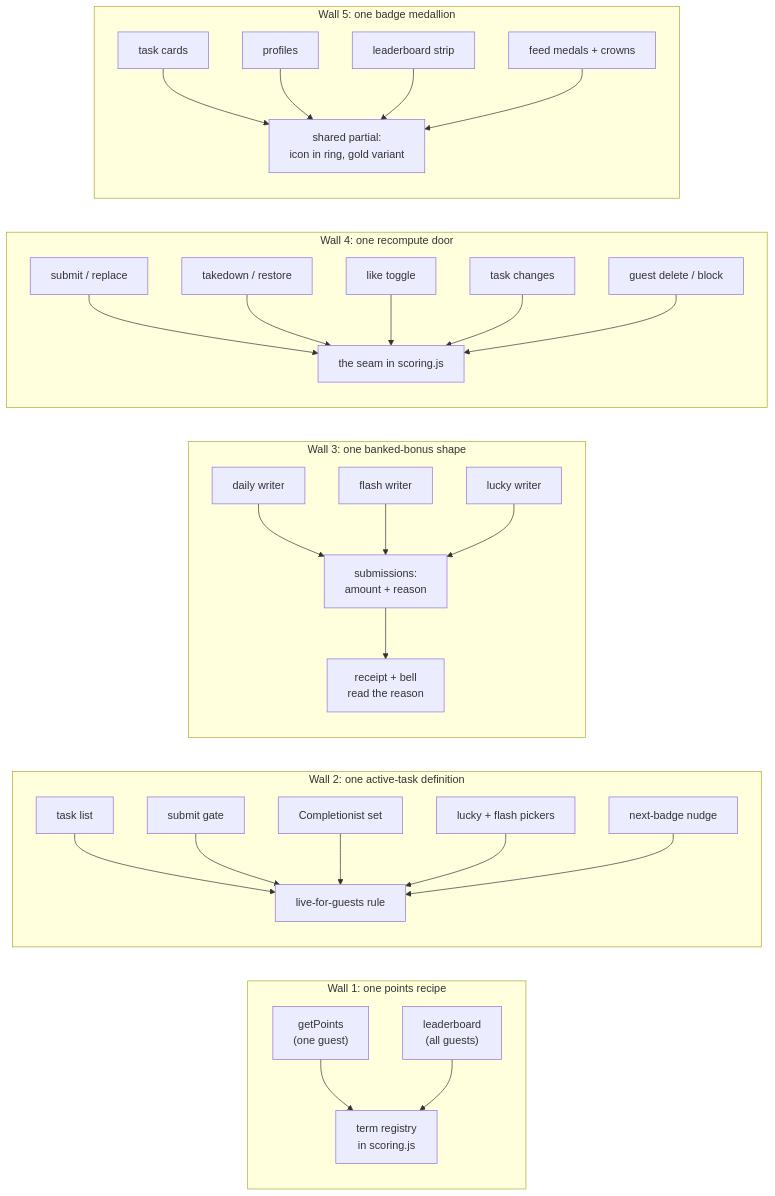
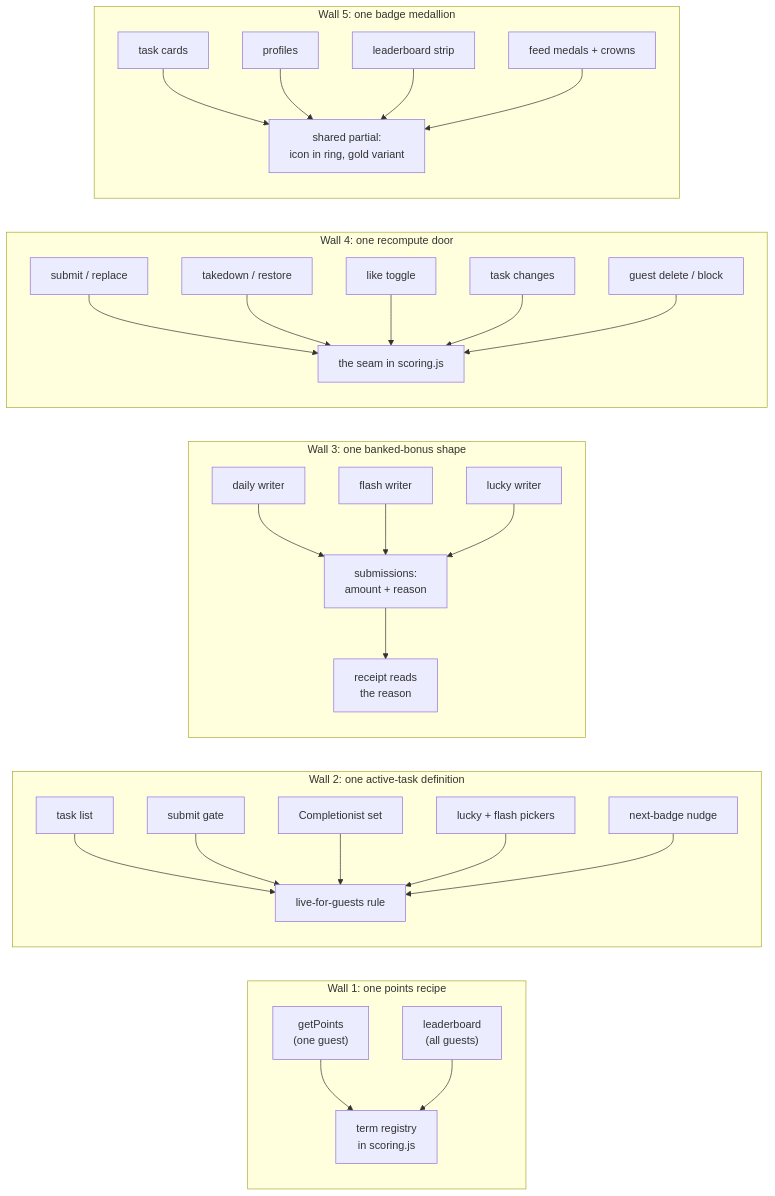
One commit to TrevorHumble/TaskMasterWedding changed the fourth of 4 diagrams in docs/game-design-points-badges.md. Above: the diagram before and after it, drawn with Mermaid. The commit also changed other lines of this file and 18 other files, not shown here.

````diff
--- a/docs/game-design-points-badges.md
+++ b/docs/game-design-points-badges.md
@@ -306,42 +306,42 @@
 ```mermaid
 flowchart LR
   subgraph W1["Wall 1: one points recipe"]
     P0["term registry<br/>in scoring.js"]
     P1["getPoints<br/>(one guest)"] --> P0
     P2["leaderboard<br/>(all guests)"] --> P0
   end
 
   subgraph W2["Wall 2: one active-task definition"]
     A0["live-for-guests rule"]
     A1["task list"] --> A0
     A2["submit gate"] --> A0
     A3["Completionist set"] --> A0
     A4["lucky + flash pickers"] --> A0
     A5["next-badge nudge"] --> A0
   end
 
   subgraph W3["Wall 3: one banked-bonus shape"]
     B0["submissions:<br/>amount + reason"]
     B1["daily writer"] --> B0
     B2["flash writer"] --> B0
     B3["lucky writer"] --> B0
-    B0 --> B4["receipt + bell<br/>read the reason"]
+    B0 --> B4["receipt reads<br/>the reason"]
   end
 
   subgraph W4["Wall 4: one recompute door"]
     R0["the seam in scoring.js"]
     R1["submit / replace"] --> R0
     R2["takedown / restore"] --> R0
     R3["like toggle"] --> R0
     R4["task changes"] --> R0
     R5["guest delete / block"] --> R0
   end
 
   subgraph W5["Wall 5: one badge medallion"]
     M0["shared partial:<br/>icon in ring, gold variant"]
     M1["task cards"] --> M0
     M2["profiles"] --> M0
     M3["leaderboard strip"] --> M0
     M4["feed medals + crowns"] --> M0
   end
 ```
````
